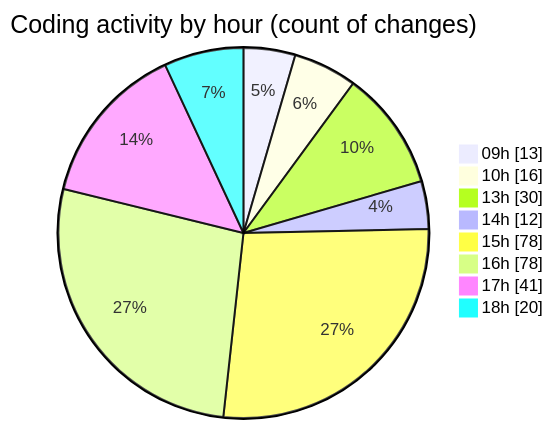
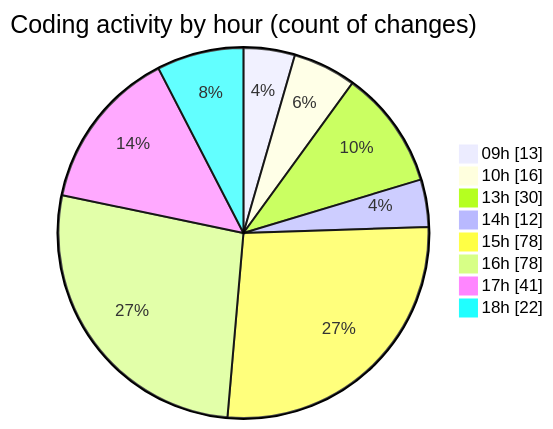
Before and after one commit to momahboobian/code-tracking: the second of 2 diagrams in 2025-03-31/cda/README.md, drawn with Mermaid. The commit also changed other lines of this file and 1 other file, not shown here.

````diff
--- a/2025-03-31/cda/README.md
+++ b/2025-03-31/cda/README.md
@@ -50,12 +50,12 @@
 ```mermaid
 pie showData
 title Coding activity by hour (count of changes)
 "09h" : 13
 "10h" : 16
 "13h" : 30
 "14h" : 12
 "15h" : 78
 "16h" : 78
 "17h" : 41
-"18h" : 20
+"18h" : 22
 ```
````
